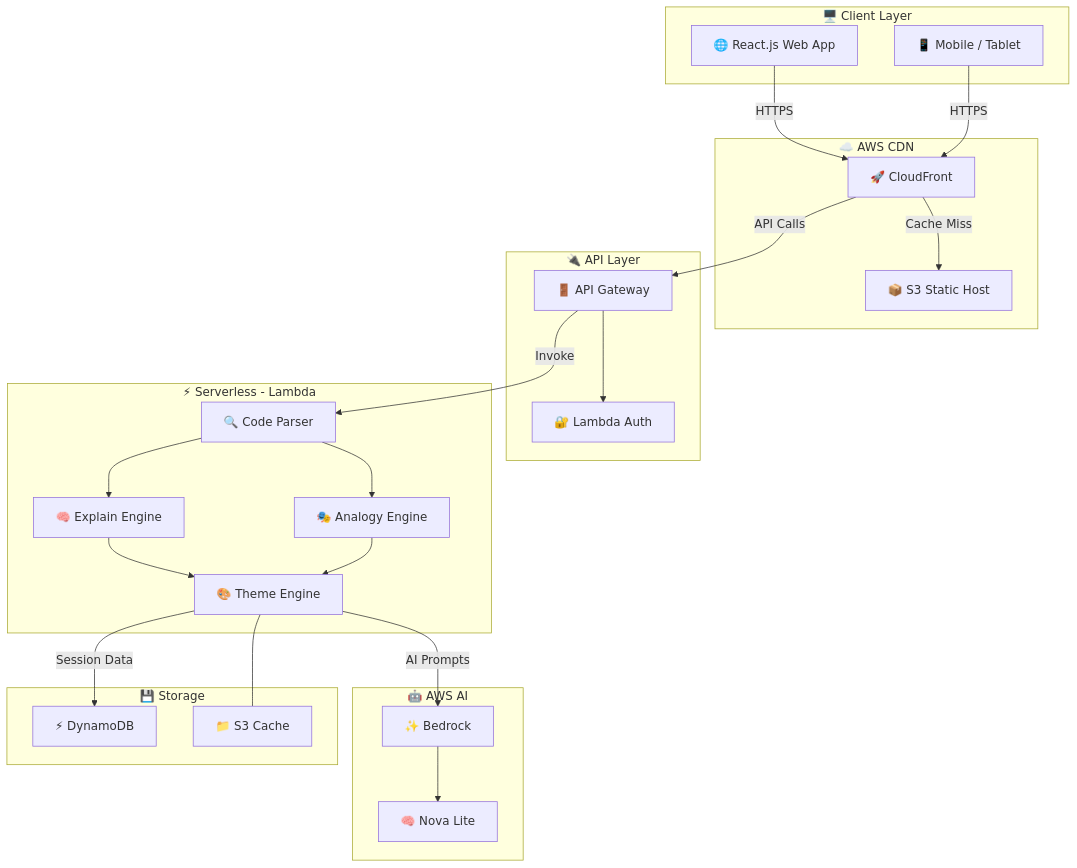
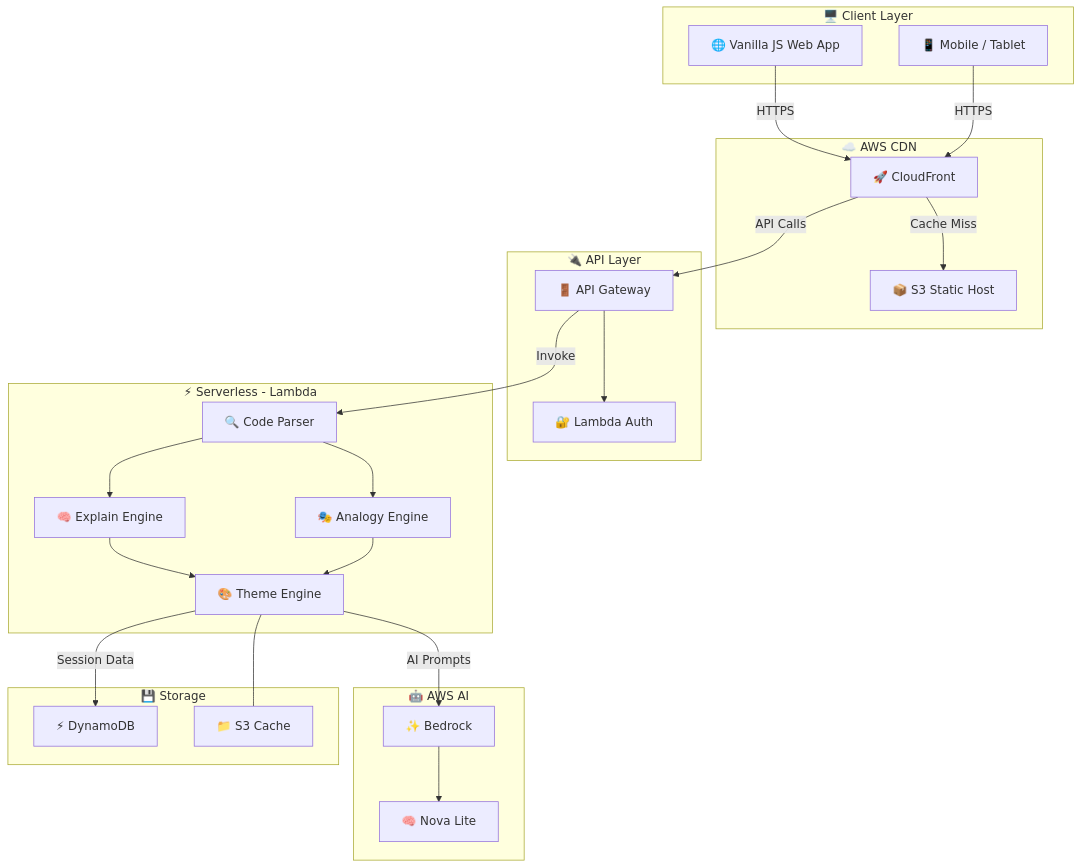
The second of 5 diagrams in design.md (kumsaurav91-droid/SimplifAI), drawn with Mermaid before and after one commit. The commit also changed other lines of this file and 8 other files, not shown here.

````diff
--- a/design.md
+++ b/design.md
@@ -85,48 +85,48 @@
 ```mermaid
 flowchart TD
     subgraph CLIENT["🖥️ Client Layer"]
-        WEB["🌐 React.js Web App"]
+        WEB["🌐 Vanilla JS Web App"]
         MOB["📱 Mobile / Tablet"]
     end
 
     subgraph CDN["☁️ AWS CDN"]
         CF["🚀 CloudFront"]
         S3S["📦 S3 Static Host"]
     end
 
     subgraph APILAYER["🔌 API Layer"]
         APIGW["🚪 API Gateway"]
         AUTH["🔐 Lambda Auth"]
     end
 
     subgraph COMPUTE["⚡ Serverless - Lambda"]
         PARSER["🔍 Code Parser"]
         EXPLAIN["🧠 Explain Engine"]
         CULTURE["🎭 Analogy Engine"]
         THEME["🎨 Theme Engine"]
     end
 
     subgraph AI["🤖 AWS AI"]
         BEDROCK["✨ Bedrock"]
         NOVA["🧠 Nova Lite"]
     end
 
     subgraph STORAGE["💾 Storage"]
         DYNAMO["⚡ DynamoDB"]
         S3C["📁 S3 Cache"]
     end
 
     WEB & MOB -->|HTTPS| CF
     CF -->|Cache Miss| S3S
     CF -->|API Calls| APIGW
     APIGW --> AUTH
     APIGW -->|Invoke| PARSER
     PARSER --> EXPLAIN
     PARSER --> CULTURE
     EXPLAIN --> THEME
     CULTURE --> THEME
     THEME -->|AI Prompts| BEDROCK
     BEDROCK --> NOVA
     THEME -->|Session Data| DYNAMO
     THEME --- S3C
 ```
````
